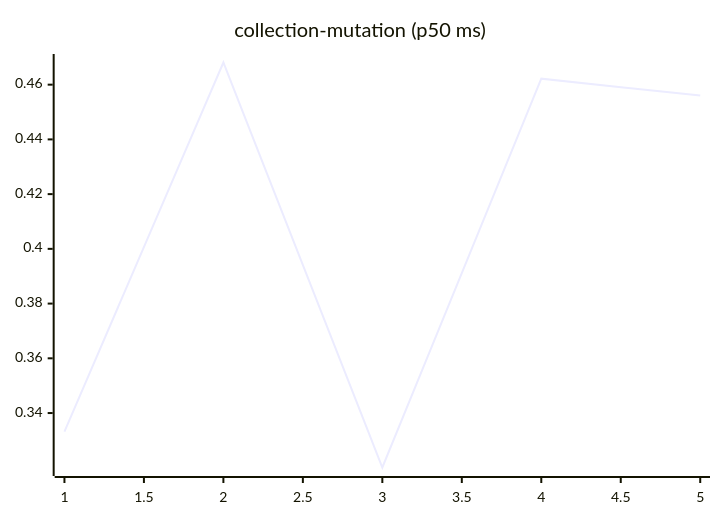
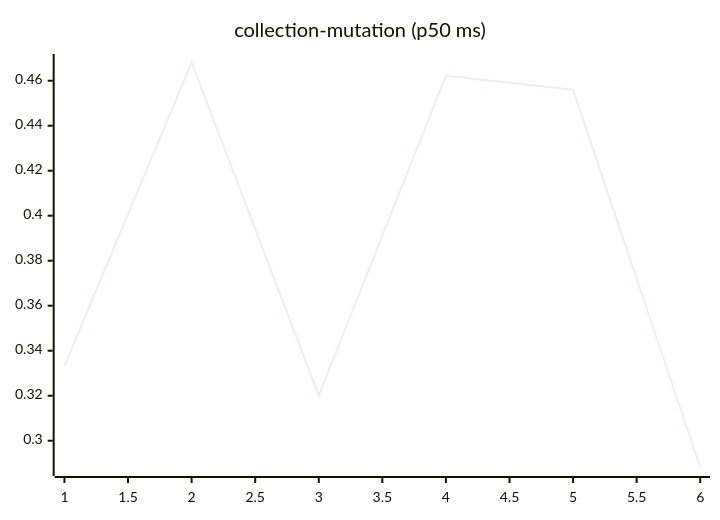
One commit to josha/Facet changed the sixth of 27 diagrams in README.md. Above: the diagram before and after it, drawn with Mermaid. The commit also changed other lines of this file and 2 other files, not shown here.

````diff
--- a/README.md
+++ b/README.md
@@ -98,6 +98,6 @@
 ```mermaid
 xychart-beta
     title "collection-mutation (p50 ms)"
-    x-axis 1 --> 5
-    line [0.3332, 0.4681, 0.3201, 0.4622, 0.4560]
+    x-axis 1 --> 6
+    line [0.3332, 0.4681, 0.3201, 0.4622, 0.4560, 0.2881]
 ```
````
